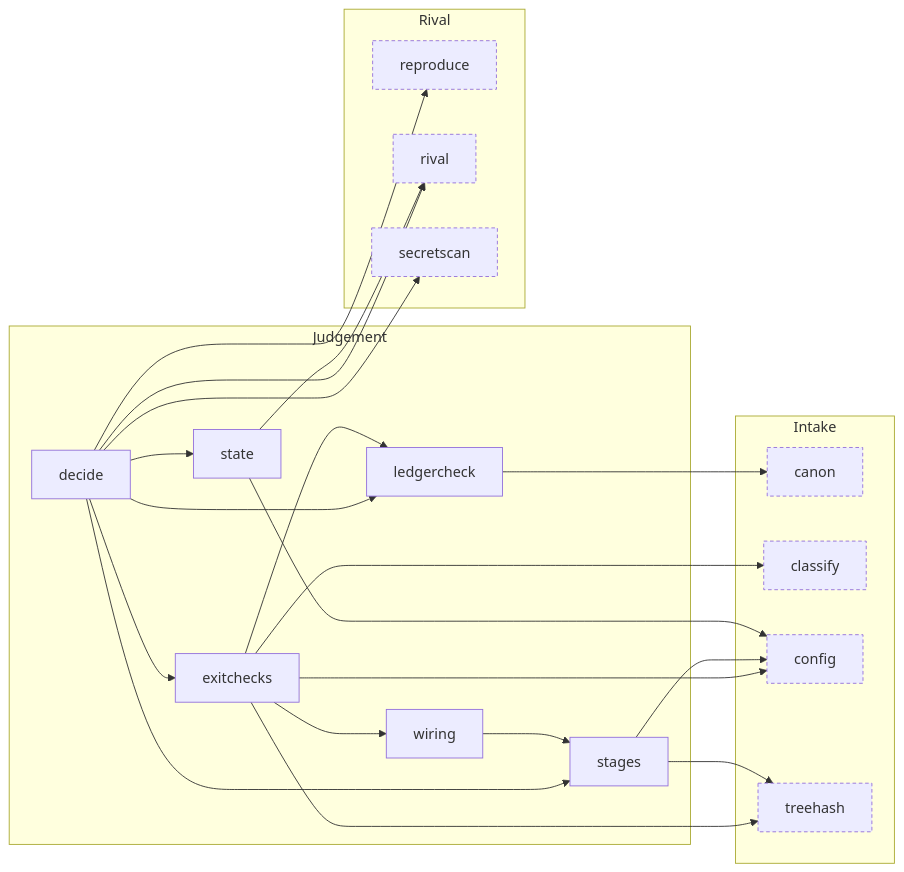
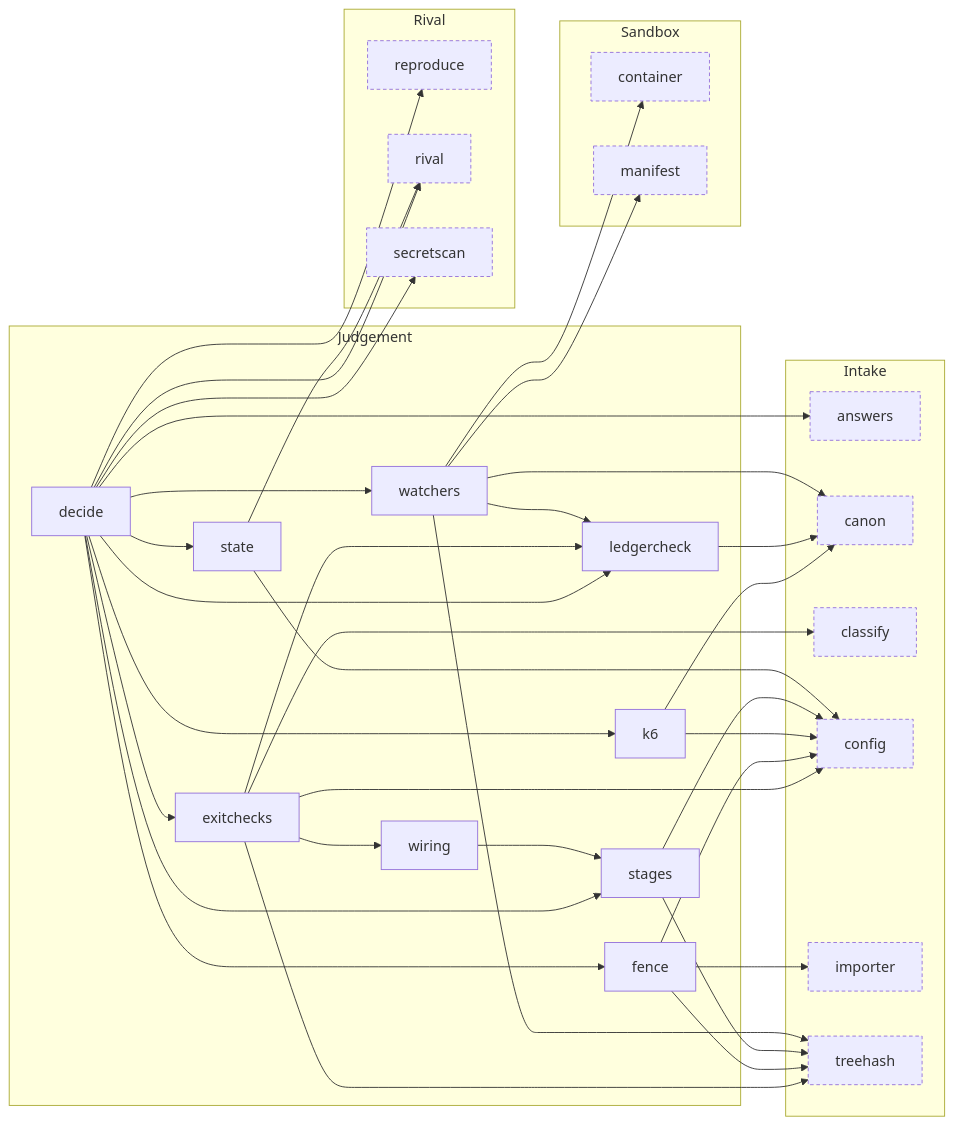
Before and after one commit to Okan-wqm/snowball-mcp: the seventh of 8 diagrams in docs/harita.md, drawn with Mermaid. The commit also changed other lines of this file and 17 other files, not shown here.

````diff
--- a/docs/harita.md
+++ b/docs/harita.md
@@ -339,41 +363,64 @@
 ```mermaid
 flowchart LR
   subgraph a_Judgement["Judgement"]
     m_decide["decide"]
     m_exitchecks["exitchecks"]
+    m_fence["fence"]
+    m_k6["k6"]
     m_ledgercheck["ledgercheck"]
     m_stages["stages"]
     m_state["state"]
+    m_watchers["watchers"]
     m_wiring["wiring"]
   end
   subgraph a_Intake["Intake"]
+    m_answers["answers"]:::outside
     m_canon["canon"]:::outside
     m_classify["classify"]:::outside
     m_config["config"]:::outside
+    m_importer["importer"]:::outside
     m_treehash["treehash"]:::outside
   end
   subgraph a_Rival["Rival"]
     m_reproduce["reproduce"]:::outside
     m_rival["rival"]:::outside
     m_secretscan["secretscan"]:::outside
   end
+  subgraph a_Sandbox["Sandbox"]
+    m_container["container"]:::outside
+    m_manifest["manifest"]:::outside
+  end
+  m_decide --> m_answers
   m_decide --> m_exitchecks
+  m_decide --> m_fence
+  m_decide --> m_k6
   m_decide --> m_ledgercheck
   m_decide --> m_reproduce
   m_decide --> m_rival
   m_decide --> m_secretscan
   m_decide --> m_stages
   m_decide --> m_state
+  m_decide --> m_watchers
   m_exitchecks --> m_classify
   m_exitchecks --> m_config
   m_exitchecks --> m_ledgercheck
   m_exitchecks --> m_treehash
   m_exitchecks --> m_wiring
+  m_fence --> m_config
+  m_fence --> m_importer
+  m_fence --> m_treehash
+  m_k6 --> m_canon
+  m_k6 --> m_config
   m_ledgercheck --> m_canon
   m_stages --> m_config
   m_stages --> m_treehash
   m_state --> m_config
   m_state --> m_rival
+  m_watchers --> m_canon
+  m_watchers --> m_container
+  m_watchers --> m_ledgercheck
+  m_watchers --> m_manifest
+  m_watchers --> m_treehash
   m_wiring --> m_stages
   classDef outside stroke-dasharray: 4 3
 ```
````
